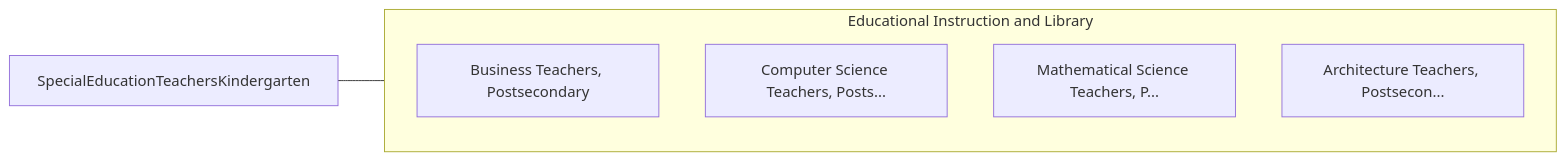
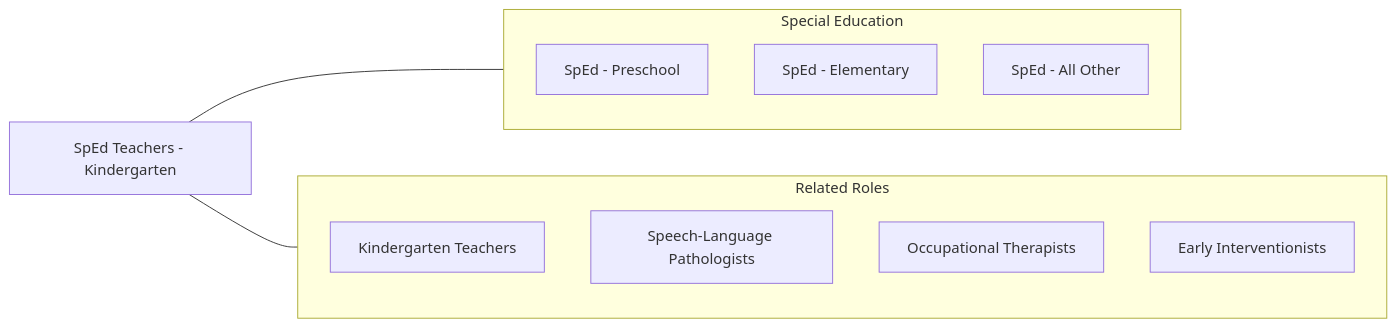
Before and after one commit to kziemski/business.org.ai: the fourth of 4 diagrams in occupations/Education/SpecialEducationTeachersKindergarten.mdx, drawn with Mermaid. The commit also changed other lines of this file and 938 other files, not shown here.

````diff
--- a/occupations/Education/SpecialEducationTeachersKindergarten.mdx
+++ b/occupations/Education/SpecialEducationTeachersKindergarten.mdx
@@ -108,13 +164,20 @@
 ```mermaid
 graph LR
-    Current["SpecialEducationTeachersKindergarten"]
+    Current["SpEd Teachers - Kindergarten"]
 
-    subgraph SameCategory["Educational Instruction and Library"]
-        BusinessTeachersPost["Business Teachers, Postsecondary"]
-        ComputerScienceTeach["Computer Science Teachers, Posts..."]
-        MathematicalScienceT["Mathematical Science Teachers, P..."]
-        ArchitectureTeachers["Architecture Teachers, Postsecon..."]
+    subgraph SameCategory["Special Education"]
+        SpEdPreK["SpEd - Preschool"]
+        SpEdElem["SpEd - Elementary"]
+        SpEdAllOther["SpEd - All Other"]
+    end
+
+    subgraph CrossFunctional["Related Roles"]
+        KinderGenEd["Kindergarten Teachers"]
+        SLP["Speech-Language Pathologists"]
+        OT["Occupational Therapists"]
+        EISpecialist["Early Interventionists"]
     end
 
     Current --- SameCategory
+    Current --- CrossFunctional
 ```
````
